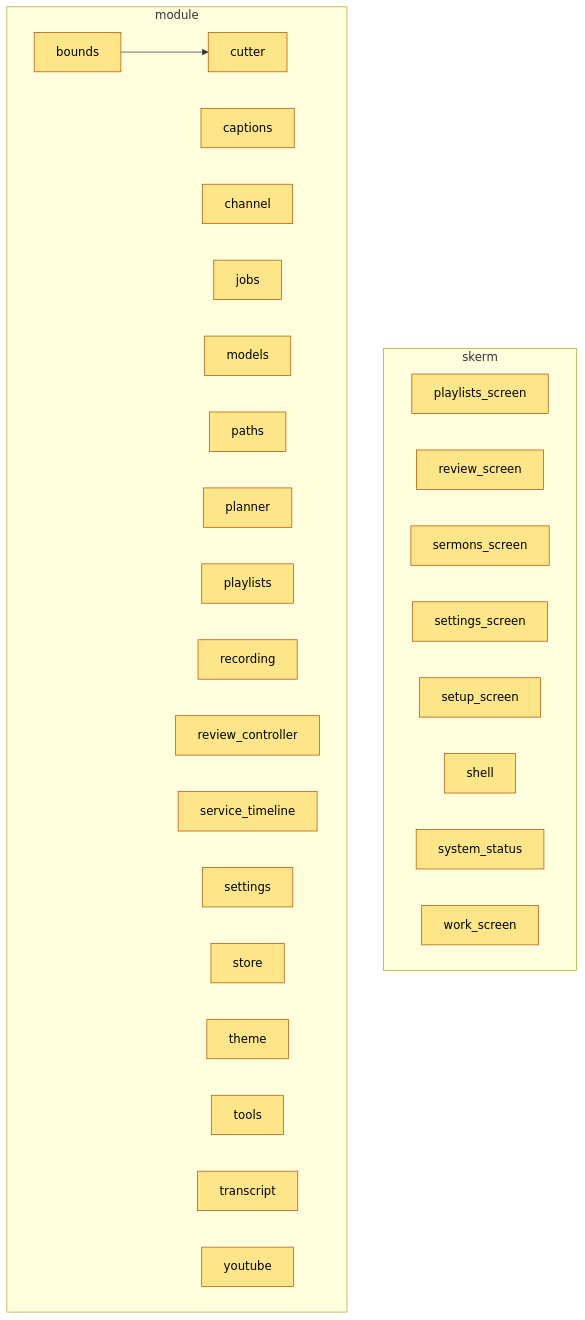
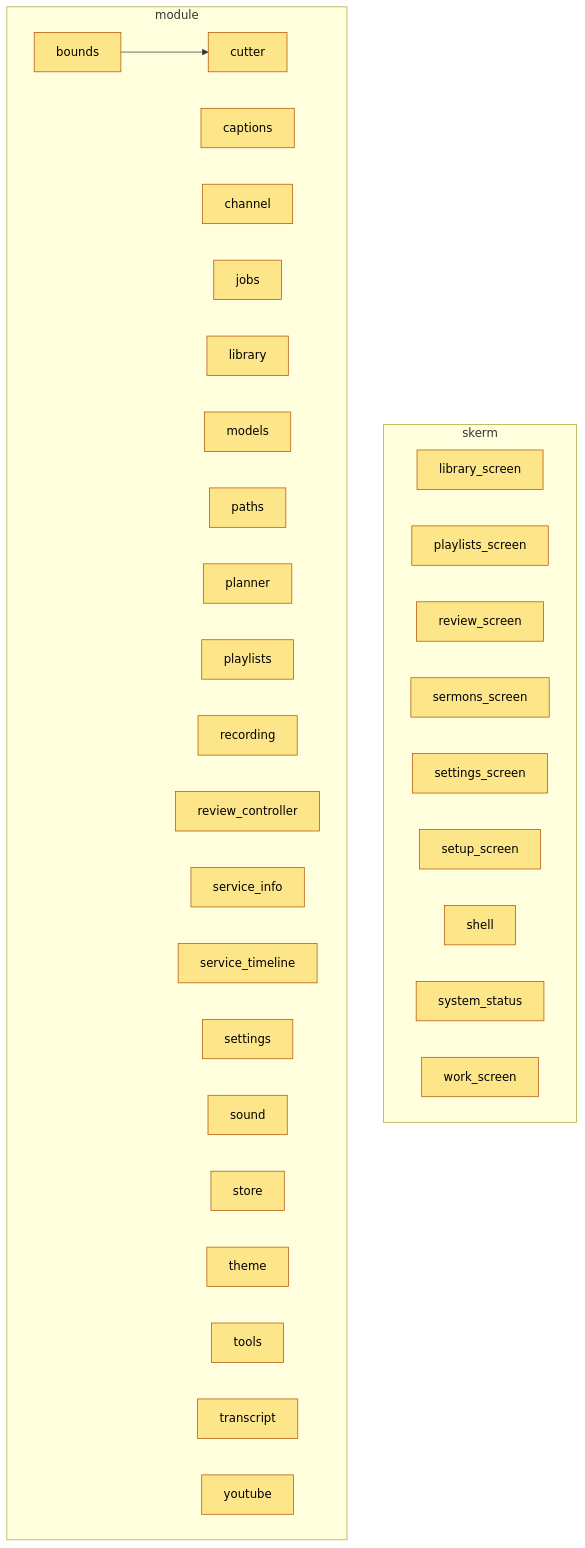
One commit to Schalk-Christiaan/ytsermon-prosessor changed the diagram in docs/kaart.md. Above: the diagram before and after it, drawn with Mermaid. The commit also changed other lines of this file and 11 other files, not shown here.

````diff
--- a/docs/kaart.md
+++ b/docs/kaart.md
@@ -168,37 +188,41 @@
 ```mermaid
 flowchart TB
   subgraph g0["skerm"]
-    n9["playlists_screen"]:::bou
-    n12["review_screen"]:::bou
-    n13["sermons_screen"]:::bou
-    n16["settings_screen"]:::bou
-    n17["setup_screen"]:::bou
-    n18["shell"]:::bou
-    n20["system_status"]:::bou
-    n24["work_screen"]:::bou
+    n6["library_screen"]:::bou
+    n11["playlists_screen"]:::bou
+    n14["review_screen"]:::bou
+    n15["sermons_screen"]:::bou
+    n19["settings_screen"]:::bou
+    n20["setup_screen"]:::bou
+    n21["shell"]:::bou
+    n24["system_status"]:::bou
+    n28["work_screen"]:::bou
   end
   subgraph g1["module"]
     n0["bounds"]:::bou
     n1["captions"]:::bou
     n2["channel"]:::bou
     n3["cutter"]:::bou
     n4["jobs"]:::bou
-    n5["models"]:::bou
-    n6["paths"]:::bou
-    n7["planner"]:::bou
-    n8["playlists"]:::bou
-    n10["recording"]:::bou
-    n11["review_controller"]:::bou
-    n14["service_timeline"]:::bou
-    n15["settings"]:::bou
-    n19["store"]:::bou
-    n21["theme"]:::bou
-    n22["tools"]:::bou
-    n23["transcript"]:::bou
-    n25["youtube"]:::bou
+    n5["library"]:::bou
+    n7["models"]:::bou
+    n8["paths"]:::bou
+    n9["planner"]:::bou
+    n10["playlists"]:::bou
+    n12["recording"]:::bou
+    n13["review_controller"]:::bou
+    n16["service_info"]:::bou
+    n17["service_timeline"]:::bou
+    n18["settings"]:::bou
+    n22["sound"]:::bou
+    n23["store"]:::bou
+    n25["theme"]:::bou
+    n26["tools"]:::bou
+    n27["transcript"]:::bou
+    n29["youtube"]:::bou
   end
   n0 --> n3
   classDef bou fill:#fde68a,stroke:#b45309,color:#000
   classDef klaar fill:#bbf7d0,stroke:#15803d,color:#000
   classDef stukkend fill:#fecaca,stroke:#b91c1c,color:#000
 ```
````
